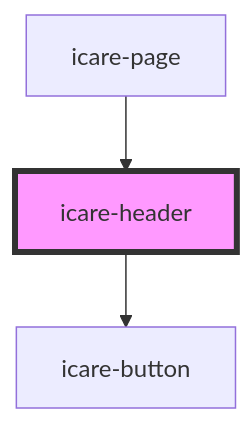
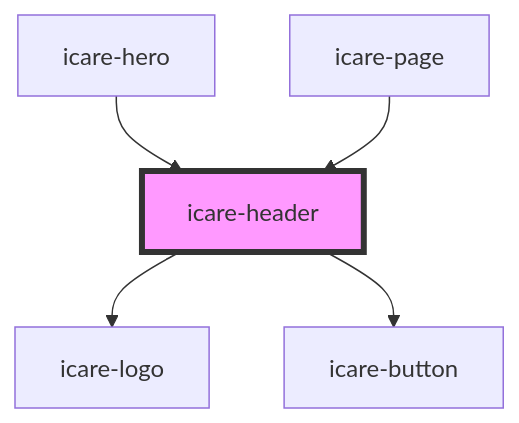
Before and after one commit to ajkirwan1/icare-components: the diagram in src/components/icare-header/readme.md, drawn with Mermaid. The commit also changed other lines of this file and 19 other files, not shown here.

````diff
--- a/src/components/icare-header/readme.md
+++ b/src/components/icare-header/readme.md
@@ -26,6 +28,8 @@
 ```mermaid
 graph TD;
+  icare-header --> icare-logo
   icare-header --> icare-button
+  icare-hero --> icare-header
   icare-page --> icare-header
   style icare-header fill:#f9f,stroke:#333,stroke-width:4px
 ```
````
